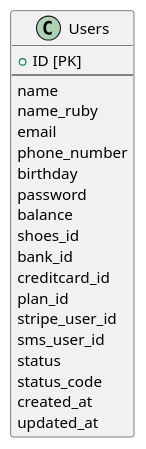
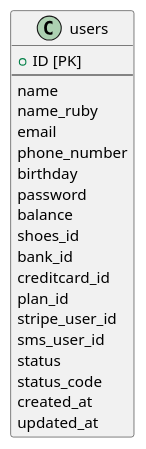
The diagram in db/Users.pu (mybz-inc/sneaker), drawn with PlantUML before and after one commit. The commit also changed 5 other files, not shown here.

```diff
--- a/db/Users.pu
+++ b/db/Users.pu
@@ -1,21 +1,23 @@
-class Users {
+@startuml users
+class users {
   + ID [PK]
   --
   name
   name_ruby
   email
   phone_number
   birthday
   password
   balance
   shoes_id
   bank_id
   creditcard_id
   plan_id
   stripe_user_id
   sms_user_id
   status
   status_code
   created_at
   updated_at
 }
+@enduml
```
